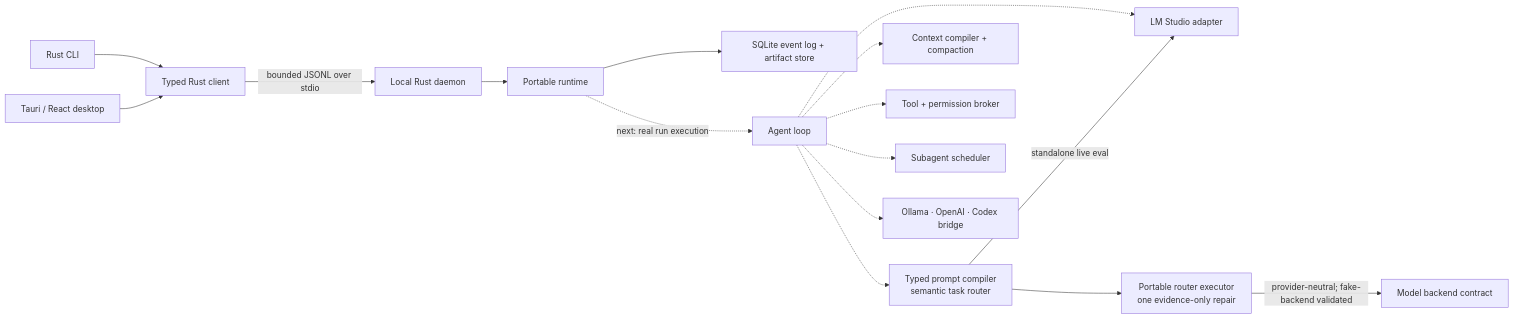
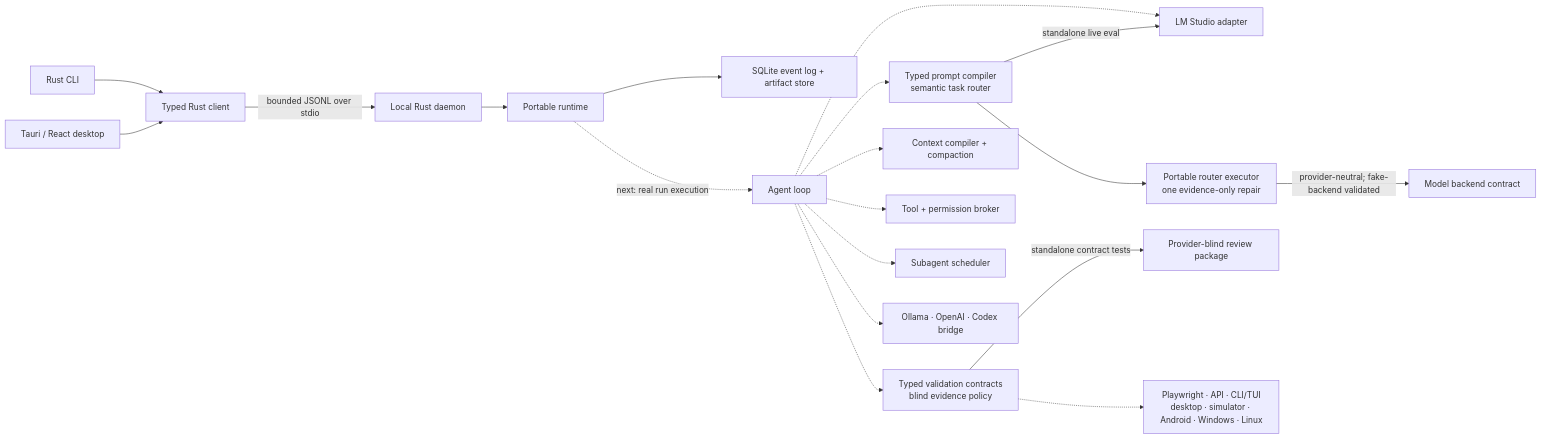
One commit to Jawbreaker1/BirdCode changed the diagram in README.md. Above: the diagram before and after it, drawn with Mermaid. The commit also changed other lines of this file and 20 other files, not shown here.

````diff
--- a/README.md
+++ b/README.md
@@ -128,20 +146,23 @@
 ```mermaid
 flowchart LR
     Desktop["Tauri / React desktop"] --> Client["Typed Rust client"]
     CLI["Rust CLI"] --> Client
     Client -->|"bounded JSONL over stdio"| Daemon["Local Rust daemon"]
     Daemon --> Runtime["Portable runtime"]
     Runtime --> Store["SQLite event log + artifact store"]
 
     Prompting["Typed prompt compiler<br/>semantic task router"] -->|"standalone live eval"| LMStudio["LM Studio adapter"]
     Prompting --> RouterExecutor["Portable router executor<br/>one evidence-only repair"]
     RouterExecutor -->|"provider-neutral; fake-backend validated"| ModelBackend["Model backend contract"]
+    Validation["Typed validation contracts<br/>blind evidence policy"] -->|"standalone contract tests"| Blind["Provider-blind review package"]
 
     Runtime -.->|"next: real run execution"| AgentLoop["Agent loop"]
     AgentLoop -.-> Prompting
     AgentLoop -.-> LMStudio
     AgentLoop -.-> Context["Context compiler + compaction"]
     AgentLoop -.-> Tools["Tool + permission broker"]
     AgentLoop -.-> Scheduler["Subagent scheduler"]
+    AgentLoop -.-> Validation
+    Validation -.-> Adapters["Playwright · API · CLI/TUI<br/>desktop · simulator · Android · Windows · Linux"]
     AgentLoop -.-> Providers["Ollama · OpenAI · Codex bridge"]
 ```
````
